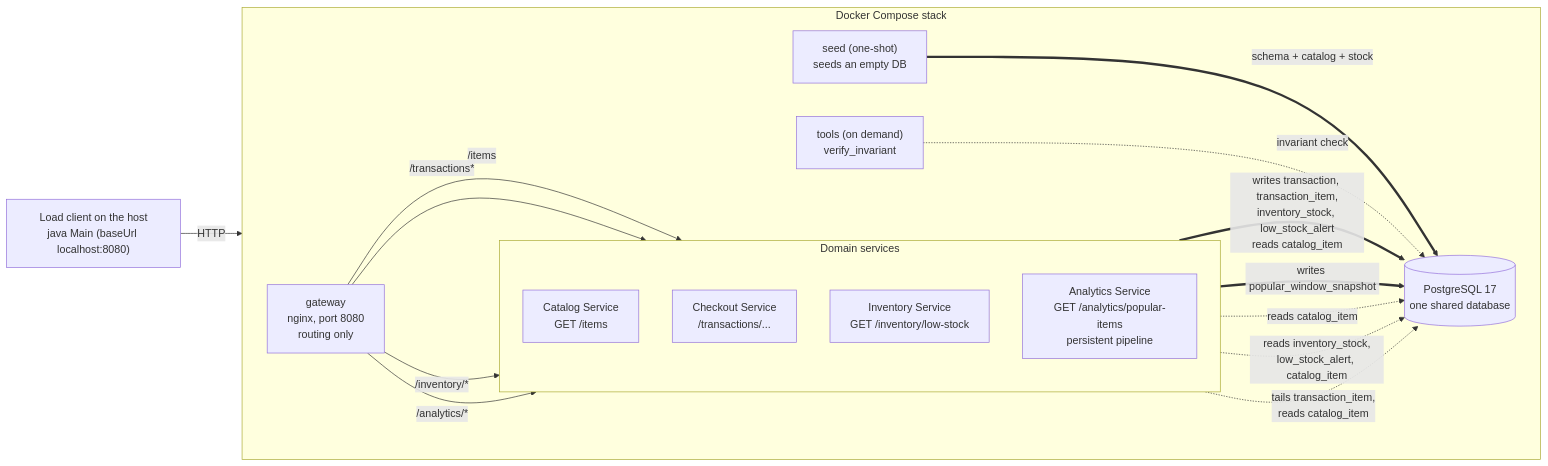
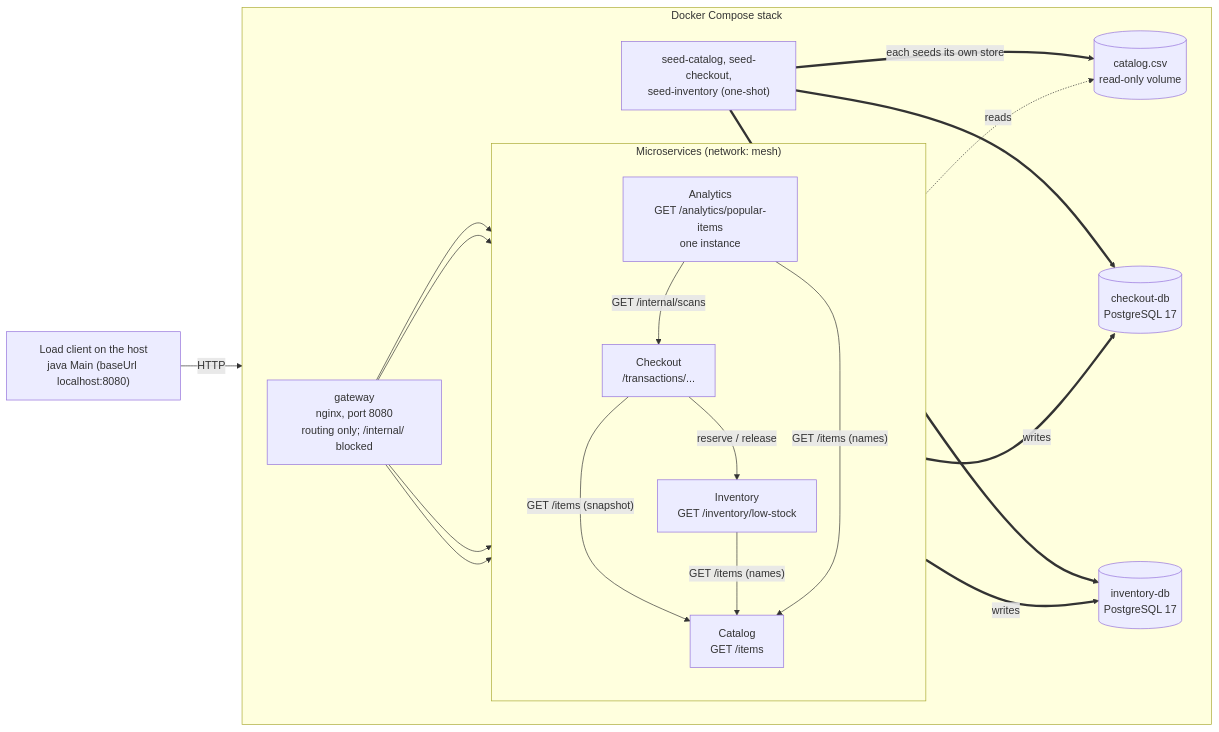
One commit to sbnaumann1/CS6510-2026 changed the first of 2 diagrams in backend/README.md. Above: the diagram before and after it, drawn with Mermaid. The commit also changed other lines of this file and 8 other files, not shown here.

````diff
--- a/backend/README.md
+++ b/backend/README.md
@@ -34,35 +29,39 @@
 ```mermaid
 flowchart LR
     client["Load client on the host<br/>java Main (baseUrl localhost:8080)"]
 
     subgraph stack["Docker Compose stack"]
         direction LR
-        gw["gateway<br/>nginx, port 8080<br/>routing only"]
+        gw["gateway<br/>nginx, port 8080<br/>routing only; /internal/ blocked"]
 
-        subgraph svcs["Domain services"]
+        subgraph svcs["Microservices (network: mesh)"]
             direction TB
-            cat["Catalog Service<br/>GET /items"]
-            chk["Checkout Service<br/>/transactions/..."]
-            inv["Inventory Service<br/>GET /inventory/low-stock"]
-            ana["Analytics Service<br/>GET /analytics/popular-items<br/>persistent pipeline"]
+            cat["Catalog<br/>GET /items"]
+            chk["Checkout<br/>/transactions/..."]
+            inv["Inventory<br/>GET /inventory/low-stock"]
+            ana["Analytics<br/>GET /analytics/popular-items<br/>one instance"]
         end
 
-        db[("PostgreSQL 17<br/>one shared database")]
-        seed["seed (one-shot)<br/>seeds an empty DB"]
-        tools["tools (on demand)<br/>verify_invariant"]
+        csv[("catalog.csv<br/>read-only volume")]
+        cdb[("checkout-db<br/>PostgreSQL 17")]
+        idb[("inventory-db<br/>PostgreSQL 17")]
+        seeds["seed-catalog, seed-checkout,<br/>seed-inventory (one-shot)"]
     end
 
     client -->|"HTTP"| gw
-    gw -->|"/items"| cat
-    gw -->|"/transactions*"| chk
-    gw -->|"/inventory/*"| inv
-    gw -->|"/analytics/*"| ana
-
-    chk ==>|"writes transaction, transaction_item,<br/>inventory_stock, low_stock_alert<br/>reads catalog_item"| db
-    ana ==>|"writes popular_window_snapshot"| db
-    cat -.->|"reads catalog_item"| db
-    inv -.->|"reads inventory_stock,<br/>low_stock_alert, catalog_item"| db
-    ana -.->|"tails transaction_item,<br/>reads catalog_item"| db
-    seed ==>|"schema + catalog + stock"| db
-    tools -.->|"invariant check"| db
+    gw --> cat
+    gw --> chk
+    gw --> inv
+    gw --> ana
+    cat -.->|"reads"| csv
+    chk ==>|"writes"| cdb
+    inv ==>|"writes"| idb
+    chk -->|"GET /items (snapshot)"| cat
+    inv -->|"GET /items (names)"| cat
+    ana -->|"GET /items (names)"| cat
+    chk -->|"reserve / release"| inv
+    ana -->|"GET /internal/scans"| chk
+    seeds ==>|"each seeds its own store"| csv
+    seeds ==> cdb
+    seeds ==> idb
 ```
````
